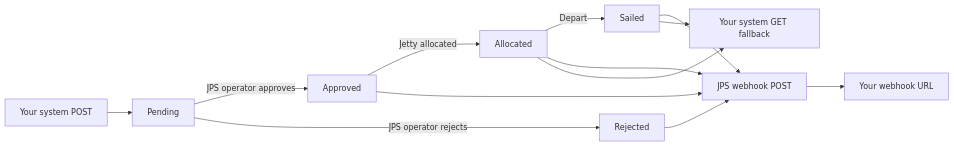
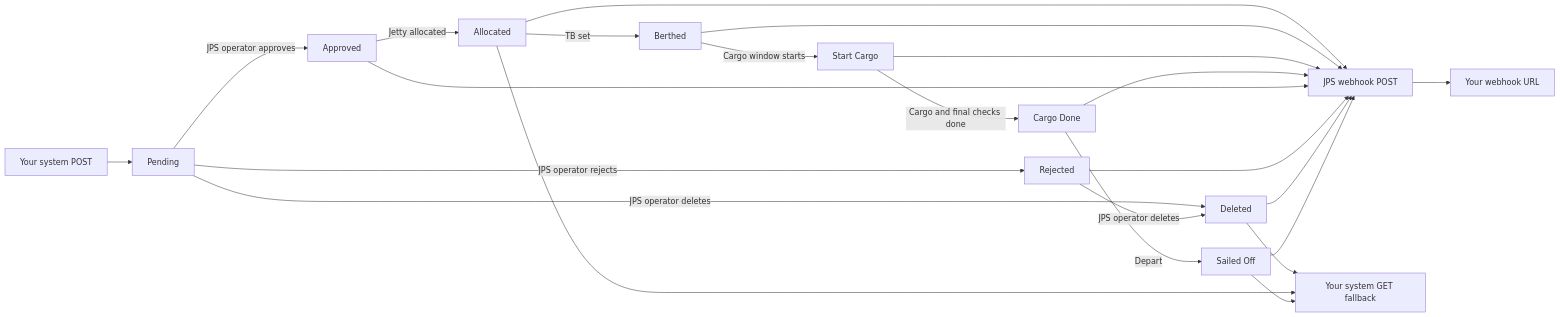
The diagram in docs/INBOUND-SHIPPING-INSTRUCTION-PARTNER-API.md (dwsitproject-hub/Logistic), drawn with Mermaid before and after one commit. The commit also changed other lines of this file and 9 other files, not shown here.

First line of the commit message:
feat(jps): API v5.7 - the stages after Allocated (Berthed, Start Cargo, Cargo Done, Sailed Off) are polled, coloured and refreshable; the JPS documents are updated

````diff
--- a/docs/INBOUND-SHIPPING-INSTRUCTION-PARTNER-API.md
+++ b/docs/INBOUND-SHIPPING-INSTRUCTION-PARTNER-API.md
@@ -39,15 +41,25 @@
 ```mermaid
 flowchart LR
     yourSystem[Your system POST] --> pendingState[Pending]
     pendingState -->|JPS operator approves| approvedState[Approved]
     pendingState -->|JPS operator rejects| rejectedState[Rejected]
+    pendingState -->|JPS operator deletes| deletedState[Deleted]
+    rejectedState -->|JPS operator deletes| deletedState
     approvedState -->|Jetty allocated| allocatedState[Allocated]
-    allocatedState -->|Depart| sailedState[Sailed]
+    allocatedState -->|TB set| berthedState[Berthed]
+    berthedState -->|Cargo window starts| startCargoState[Start Cargo]
+    startCargoState -->|Cargo and final checks done| cargoDoneState[Cargo Done]
+    cargoDoneState -->|Depart| sailedState[Sailed Off]
     jpsWebhook[JPS webhook POST] --> yourReceiver[Your webhook URL]
     allocatedState --> jpsWebhook
+    berthedState --> jpsWebhook
+    startCargoState --> jpsWebhook
+    cargoDoneState --> jpsWebhook
     approvedState --> jpsWebhook
     rejectedState --> jpsWebhook
+    deletedState --> jpsWebhook
+    deletedState --> yourPoll
     sailedState --> jpsWebhook
     allocatedState --> yourPoll[Your system GET fallback]
     sailedState --> yourPoll
 ```
````
